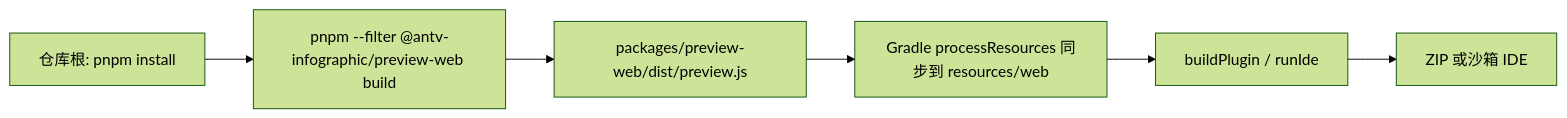
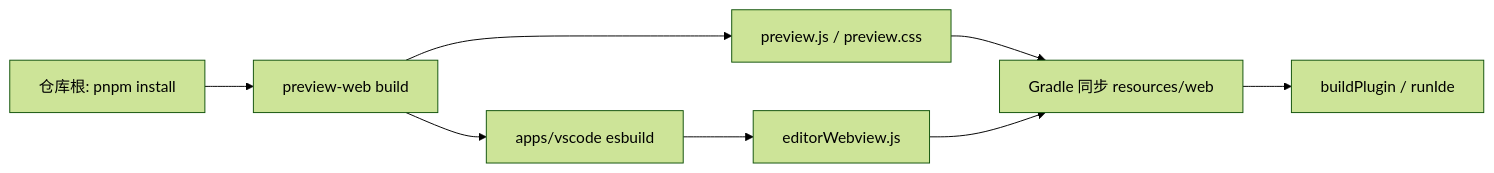
Before and after one commit to liushoukun/antv-infographic-markdown-preview-plugins: the diagram in apps/jetbrains/README.md, drawn with Mermaid (forest theme). The commit also changed other lines of this file and 6 other files, not shown here.

Commit message:
docs: Update README files to reflect new plugin name, enhance feature descriptions, and improve clarity in usage instructions for AntV Infographic Markdown Preview.

````diff
--- a/apps/jetbrains/README.md
+++ b/apps/jetbrains/README.md
@@ -27,8 +27,10 @@
 ```mermaid
 flowchart LR
-  A[仓库根: pnpm install] --> B[pnpm --filter @antv-infographic/preview-web build]
-  B --> C[packages/preview-web/dist/preview.js]
-  C --> D[Gradle processResources 同步到 resources/web]
-  D --> E[buildPlugin / runIde]
-  E --> F[ZIP 或沙箱 IDE]
+  A[仓库根: pnpm install] --> B[preview-web build]
+  B --> C[preview.js / preview.css]
+  B --> D[apps/vscode esbuild]
+  D --> E[editorWebview.js]
+  C --> F[Gradle 同步 resources/web]
+  E --> F
+  F --> G[buildPlugin / runIde]
 ```
````
